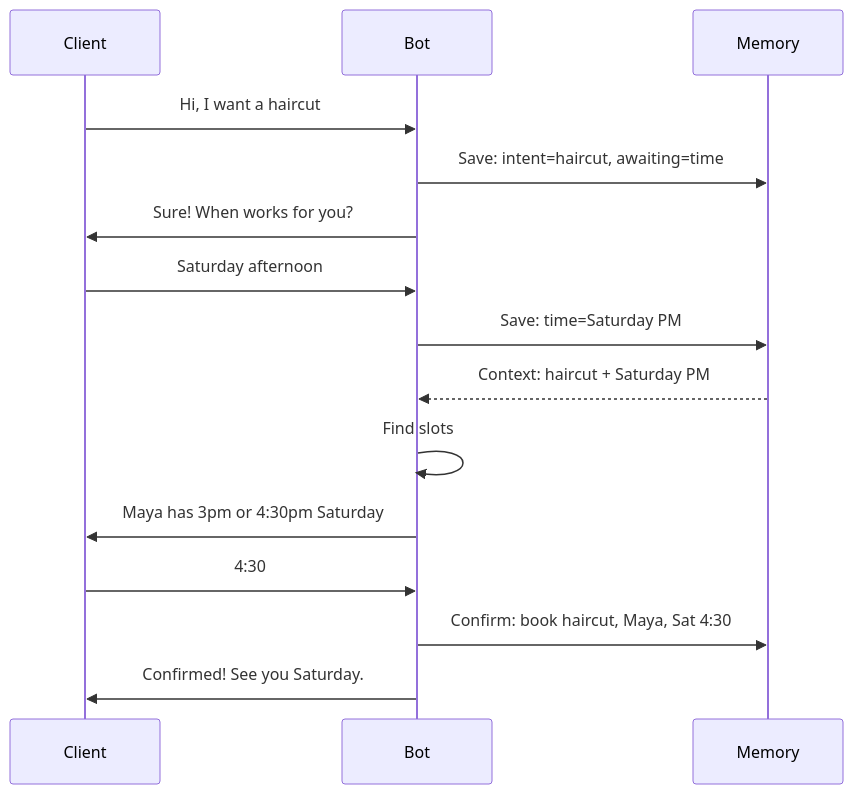
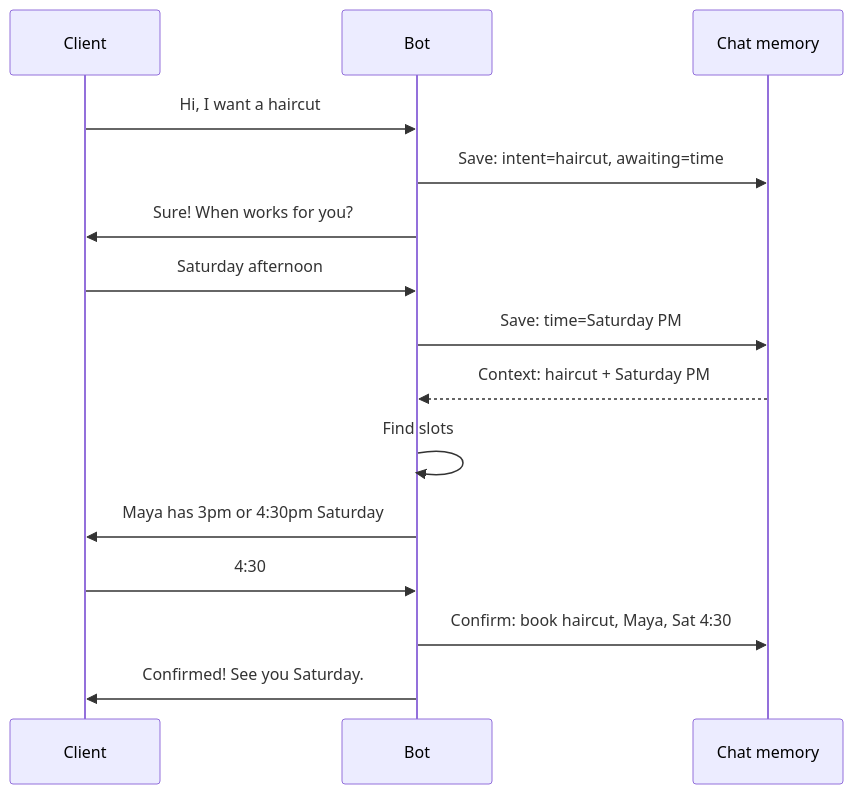
One commit to khaledabdelaziz1330-dot/Khaled-AI-Automation-Portfolio changed the sixth of 6 diagrams in beauty-center-reception-workflow/architecture.md. Above: the diagram before and after it, drawn with Mermaid. The commit also changed other lines of this file and 50 other files, not shown here.

````diff
--- a/beauty-center-reception-workflow/architecture.md
+++ b/beauty-center-reception-workflow/architecture.md
@@ -161,18 +180,18 @@
 ```mermaid
 sequenceDiagram
     participant Client
     participant Bot
-    participant Memory
-    
+    participant Memory as Chat memory
+
     Client->>Bot: Hi, I want a haircut
     Bot->>Memory: Save: intent=haircut, awaiting=time
     Bot->>Client: Sure! When works for you?
     Client->>Bot: Saturday afternoon
     Bot->>Memory: Save: time=Saturday PM
     Memory-->>Bot: Context: haircut + Saturday PM
     Bot->>Bot: Find slots
     Bot->>Client: Maya has 3pm or 4:30pm Saturday
     Client->>Bot: 4:30
     Bot->>Memory: Confirm: book haircut, Maya, Sat 4:30
     Bot->>Client: Confirmed! See you Saturday.
 ```
````
